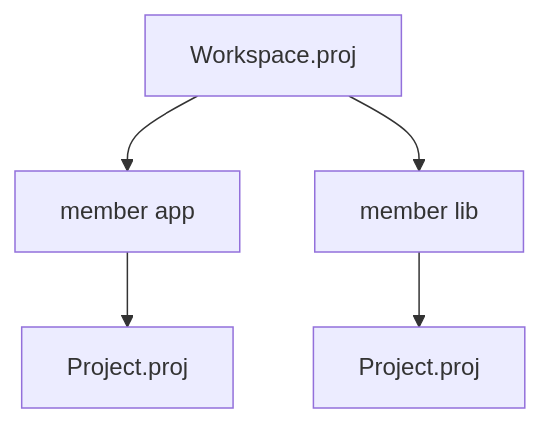
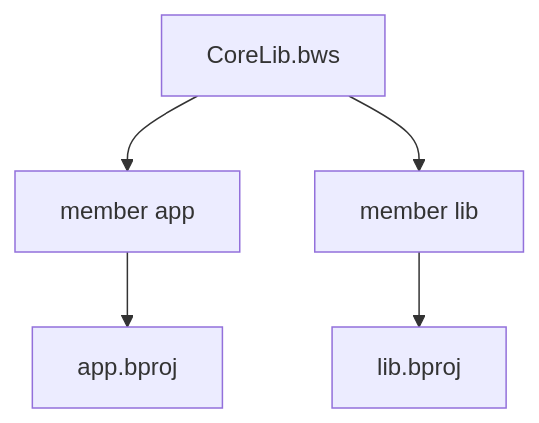
One commit to Cyber-Nomad-Collective/beskid changed the diagram in site/website/src/content/docs/book/06-monorepo-as-coping-mechanism/workspace-manifest.md. Above: the diagram before and after it, drawn with Mermaid. The commit also changed other lines of this file and 30 other files, not shown here.

````diff
--- a/site/website/src/content/docs/book/06-monorepo-as-coping-mechanism/workspace-manifest.md
+++ b/site/website/src/content/docs/book/06-monorepo-as-coping-mechanism/workspace-manifest.md
@@ -26,7 +28,7 @@
 ```mermaid
 flowchart TD
-  W[Workspace.proj] --> M1[member app]
+  W[CoreLib.bws] --> M1[member app]
   W --> M2[member lib]
-  M1 --> P1[Project.proj]
-  M2 --> P2[Project.proj]
+  M1 --> P1[app.bproj]
+  M2 --> P2[lib.bproj]
 ```
````
